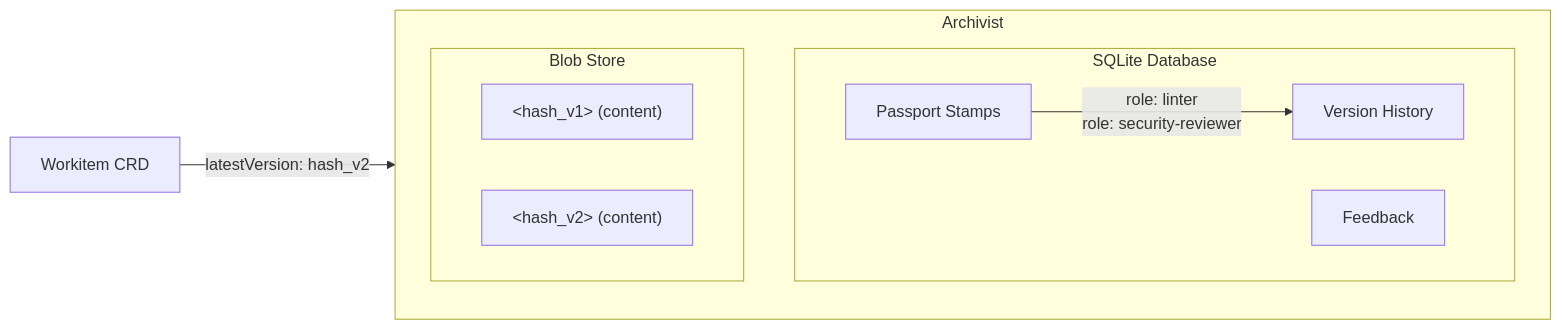
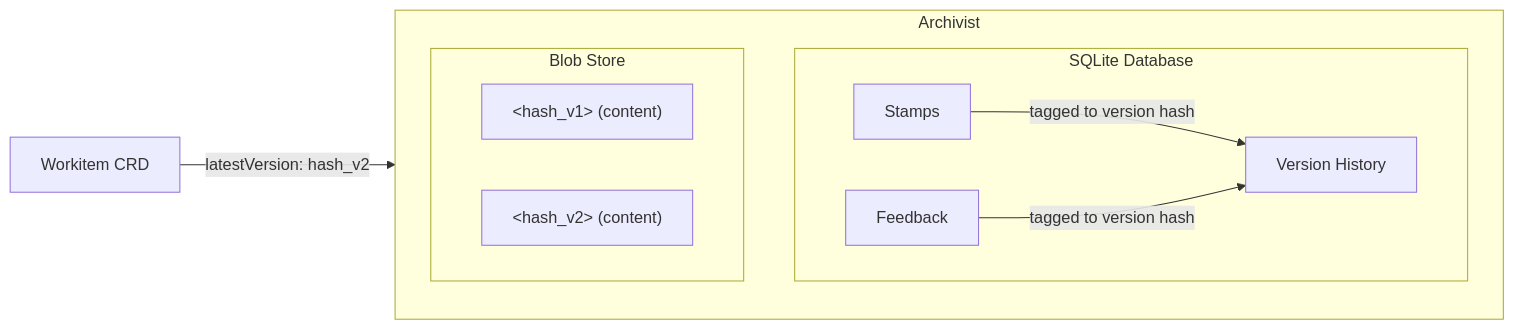
One commit to really-knows-ai/gideas changed the second of 3 diagrams in 01-concepts/02-data-model.md. Above: the diagram before and after it, drawn with Mermaid. The commit also changed other lines of this file and 3 other files, not shown here.

````diff
--- a/01-concepts/02-data-model.md
+++ b/01-concepts/02-data-model.md
@@ -228,17 +228,18 @@
 ```mermaid
 graph LR
     subgraph Archivist["Archivist"]
         direction TB
         subgraph SQLite["SQLite Database"]
             Versions["Version History"]
-            Stamps["Passport Stamps"]
+            Stamps["Stamps"]
             FB["Feedback"]
         end
         subgraph Blobs["Blob Store"]
             V1["&lt;hash_v1&gt; (content)"]
             V2["&lt;hash_v2&gt; (content)"]
         end
     end
     WI["Workitem CRD"] -->|"latestVersion: hash_v2"| Blobs
-    Stamps -->|"role: linter\nrole: security-reviewer"| Versions
+    Stamps -->|"tagged to version hash"| Versions
+    FB -->|"tagged to version hash"| Versions
 ```
````
